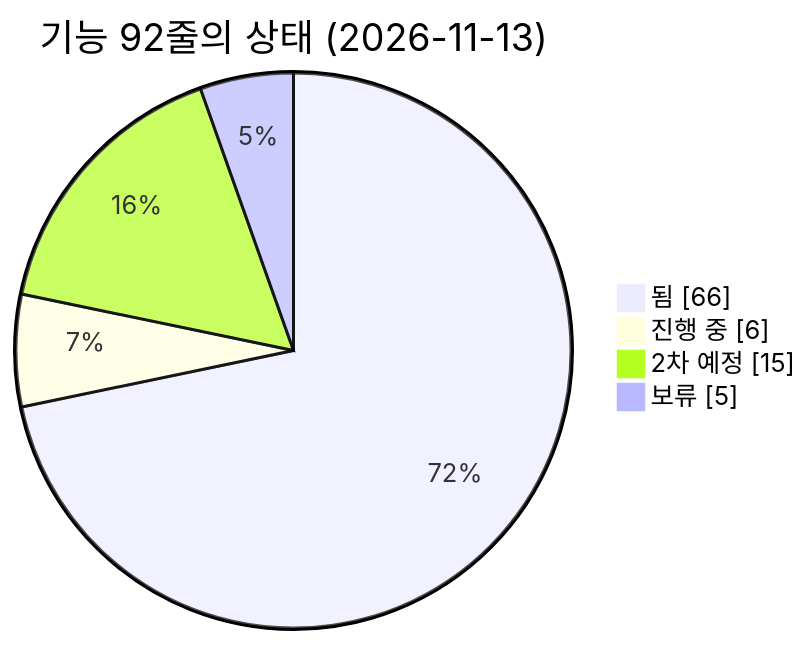
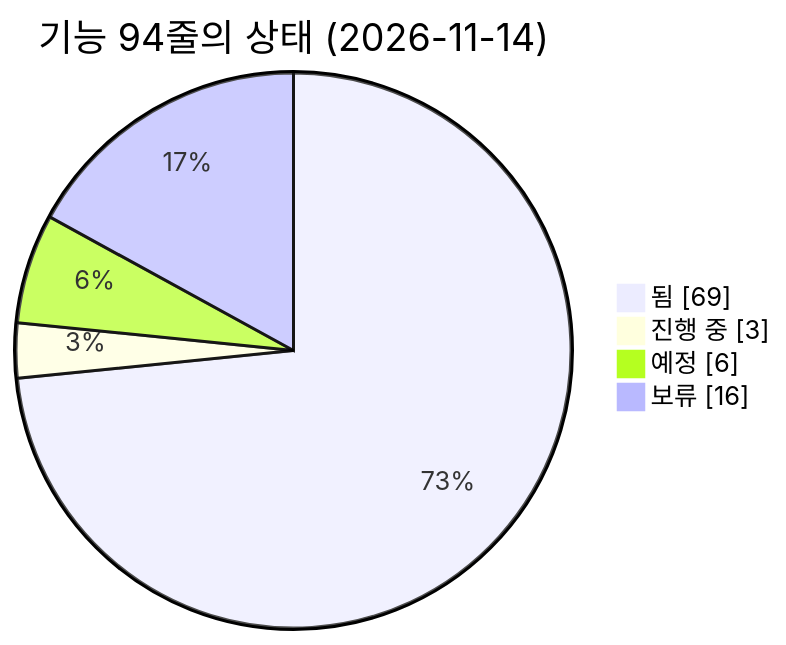
The first of 4 diagrams in docs/map/feature-map.md (agent-ddalgi-team/final-geosan), drawn with Mermaid before and after one commit. The commit also changed other lines of this file and 5 other files, not shown here.

````diff
--- a/docs/map/feature-map.md
+++ b/docs/map/feature-map.md
@@ -32,8 +33,8 @@
 ```mermaid
 pie showData
-    title 기능 92줄의 상태 (2026-11-13)
-    "됨" : 66
-    "진행 중" : 6
-    "2차 예정" : 15
-    "보류" : 5
+    title 기능 94줄의 상태 (2026-11-14)
+    "됨" : 69
+    "진행 중" : 3
+    "예정" : 6
+    "보류" : 16
 ```
````
